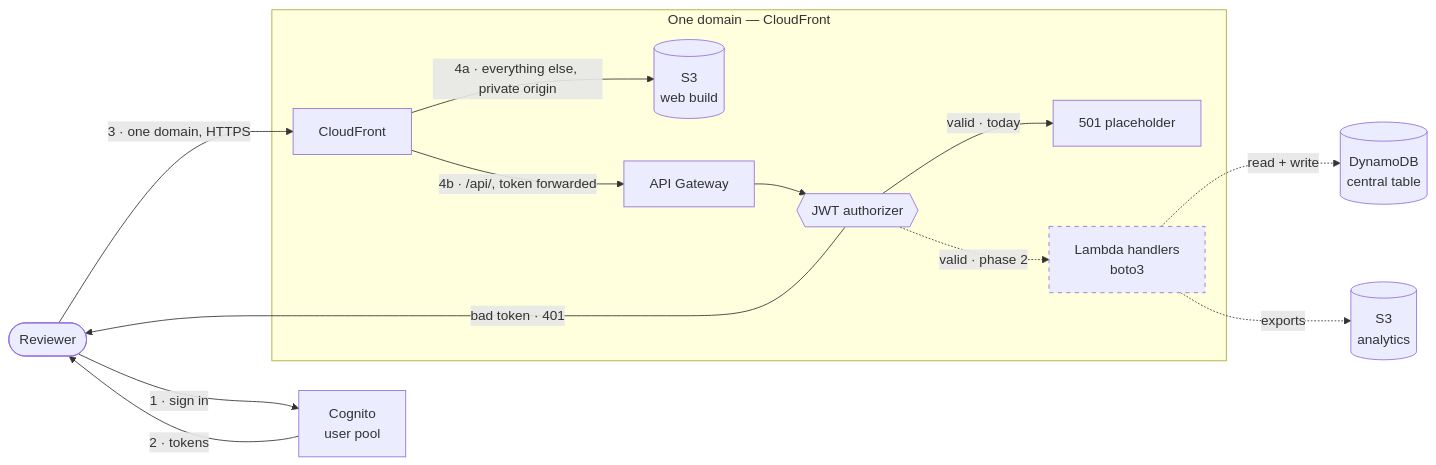
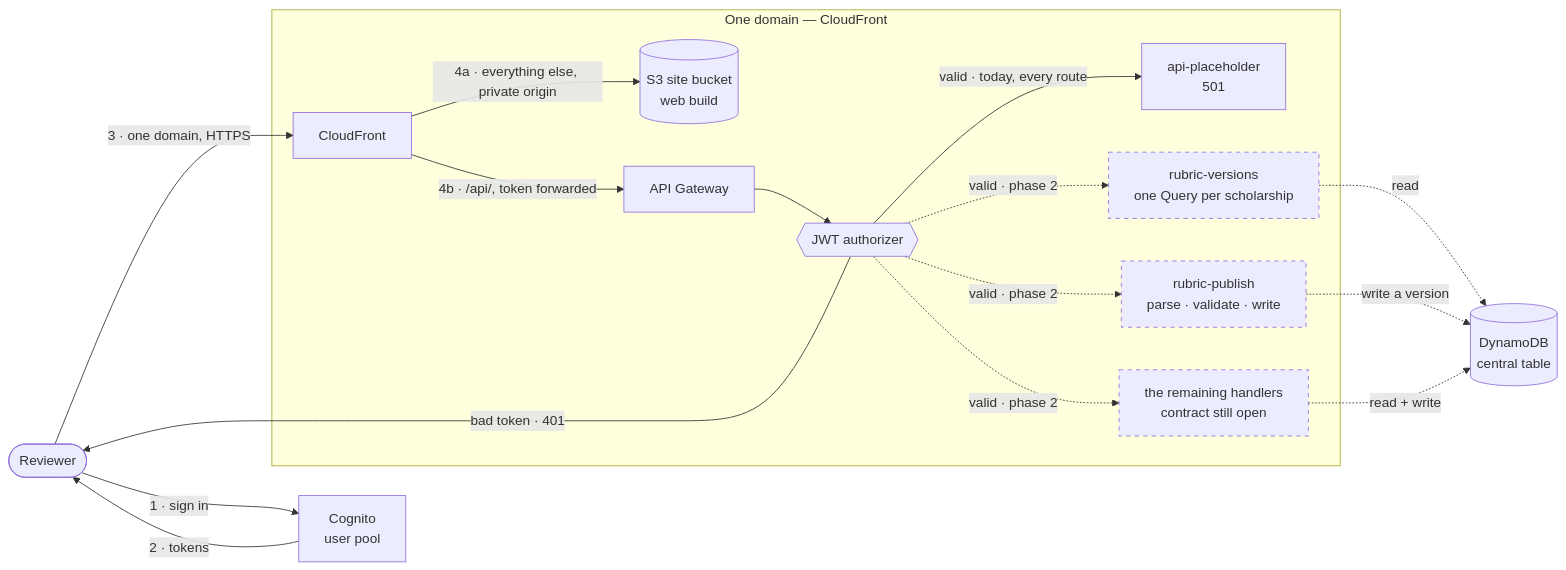
Before and after one commit to cal-poly-dxhub/sjsu-scholarship-review: the first of 2 diagrams in openspec/changes/aws-overhaul/specs/aws-platform/spec.md, drawn with Mermaid. The commit also changed other lines of this file and 3 other files, not shown here.

````diff
--- a/openspec/changes/aws-overhaul/specs/aws-platform/spec.md
+++ b/openspec/changes/aws-overhaul/specs/aws-platform/spec.md
@@ -20,32 +24,36 @@
 ```mermaid
 flowchart LR
     reviewer([Reviewer])
     cognito[Cognito<br/>user pool]
 
     subgraph door["One domain — CloudFront"]
         cf[CloudFront]
-        s3web[(S3<br/>web build)]
+        s3web[(S3 site bucket<br/>web build)]
         apigw[API Gateway]
         authz{{JWT authorizer}}
-        stub[501 placeholder]
-        runtime[Lambda handlers<br/>boto3]
+        stub[api-placeholder<br/>501]
+        rlist[rubric-versions<br/>one Query per scholarship]
+        rpub[rubric-publish<br/>parse · validate · write]
+        rest[the remaining handlers<br/>contract still open]
     end
 
     ddb[(DynamoDB<br/>central table)]
-    s3data[(S3<br/>analytics)]
 
     reviewer -->|1 · sign in| cognito
     cognito -->|2 · tokens| reviewer
     reviewer -->|3 · one domain, HTTPS| cf
     cf -->|"4a · everything else, private origin"| s3web
     cf -->|"4b · /api/, token forwarded"| apigw
     apigw --> authz
     authz -->|bad token · 401| reviewer
-    authz -->|valid · today| stub
-    authz -.->|valid · phase 2| runtime
-    runtime -.->|read + write| ddb
-    runtime -.->|exports| s3data
+    authz -->|valid · today, every route| stub
+    authz -.->|valid · phase 2| rlist
+    authz -.->|valid · phase 2| rpub
+    authz -.->|valid · phase 2| rest
+    rlist -.->|read| ddb
+    rpub -.->|write a version| ddb
+    rest -.->|read + write| ddb
 
     classDef later stroke-dasharray: 5 5
-    class runtime later
+    class rlist,rpub,rest later
 ```
````
